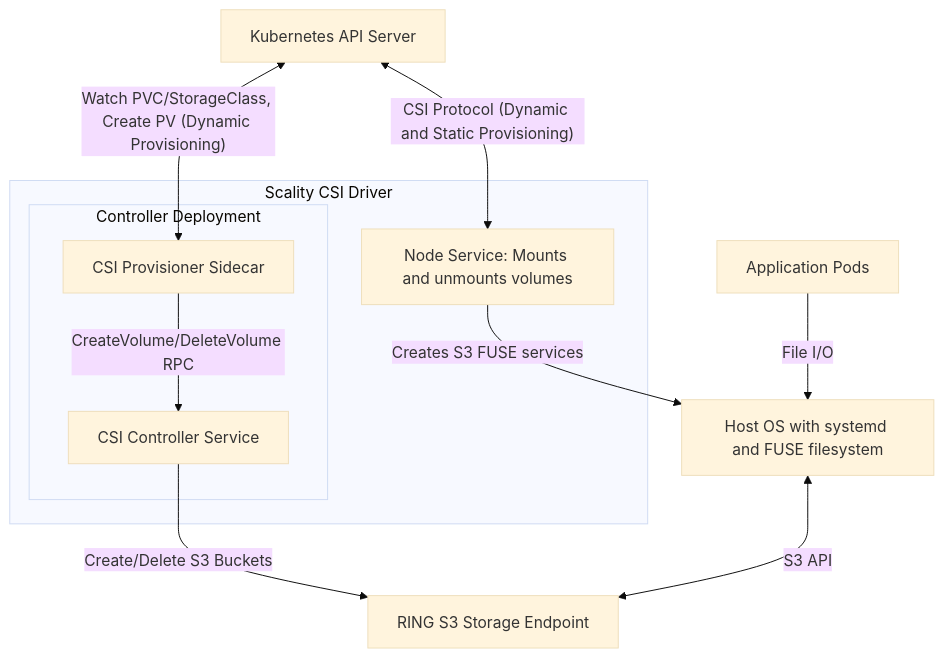
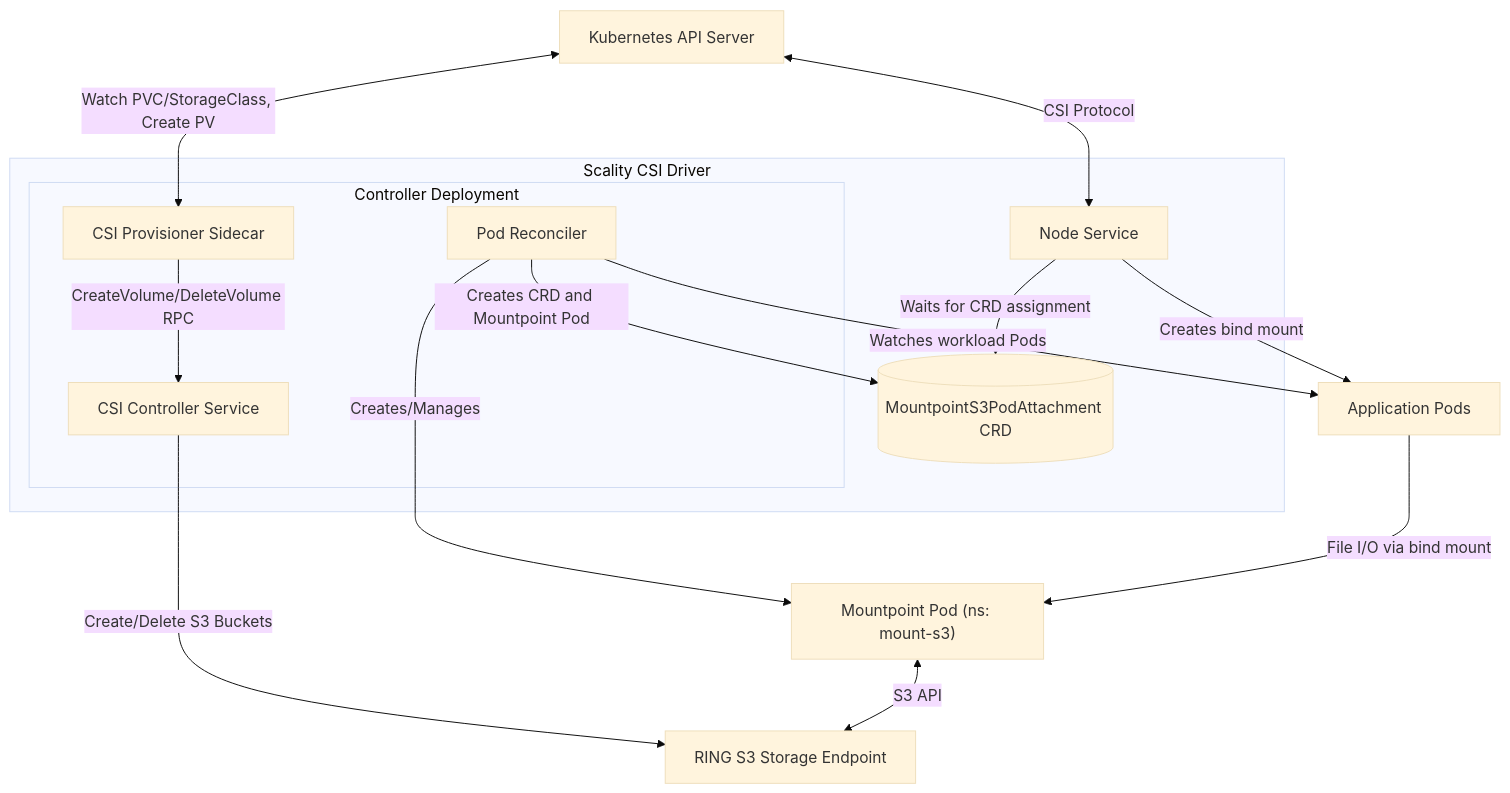
Before and after one commit to scality/mountpoint-s3-csi-driver: the diagram in docs/architecture/system-overview.md, drawn with Mermaid (base theme). The commit also changed other lines of this file and 2 other files, not shown here.

First line of the commit message:
Update core architecture docs for v2

````diff
--- a/docs/architecture/system-overview.md
+++ b/docs/architecture/system-overview.md
@@ -7,34 +7,42 @@
 ```mermaid
 graph TB
 
     %% External entities
     APIServer[Kubernetes API Server]
     S3[RING S3 Storage Endpoint]
 
     %% CSI Components
     subgraph CSI["Scality CSI Driver"]
         subgraph Controller["Controller Deployment"]
             CSIController["CSI Controller Service"]
+            PodReconciler["Pod Reconciler"]
             CSIProvisioner["CSI Provisioner Sidecar"]
         end
-        Node["Node Service: Mounts and unmounts volumes"]
+        Node["Node Service"]
+        CRD[(MountpointS3PodAttachment CRD)]
     end
 
-    %% Host Integration
-    Host["Host OS with systemd and FUSE filesystem"]
+    %% Mountpoint Pod (in mount-s3 namespace)
+    MountpointPod["Mountpoint Pod (ns: mount-s3)"]
 
     %% Application
     App[Application Pods]
 
     %% Dynamic Provisioning Flow
-    APIServer <-->|"Watch PVC/StorageClass, Create PV (Dynamic Provisioning)"| CSIProvisioner
+    APIServer <-->|"Watch PVC/StorageClass, Create PV"| CSIProvisioner
     CSIProvisioner -->|"CreateVolume/DeleteVolume RPC"| CSIController
     CSIController -->|"Create/Delete S3 Buckets"| S3
 
+    %% Pod Reconciler watches workload pods
+    PodReconciler -->|"Watches workload Pods"| App
+    PodReconciler -->|"Creates CRD and Mountpoint Pod"| CRD
+    PodReconciler -->|"Creates/Manages"| MountpointPod
+
     %% Node Operations
-    APIServer <-->|"CSI Protocol (Dynamic and Static Provisioning)"| Node
-    Node -->|"Creates S3 FUSE services"| Host
-    Host <-->|"S3 API"| S3
-    App -->|"File I/O"| Host
+    APIServer <-->|"CSI Protocol"| Node
+    Node -->|"Waits for CRD assignment"| CRD
+    Node -->|"Creates bind mount"| App
+    MountpointPod <-->|"S3 API"| S3
+    App -->|"File I/O via bind mount"| MountpointPod
 
 ```
````
